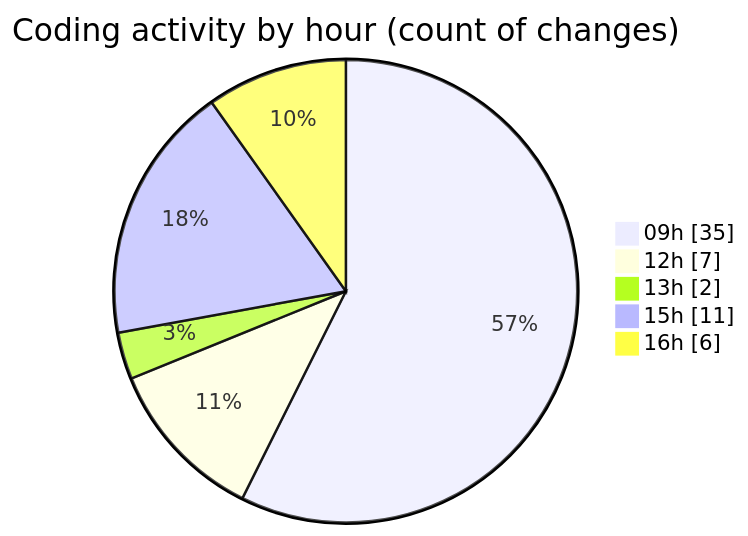
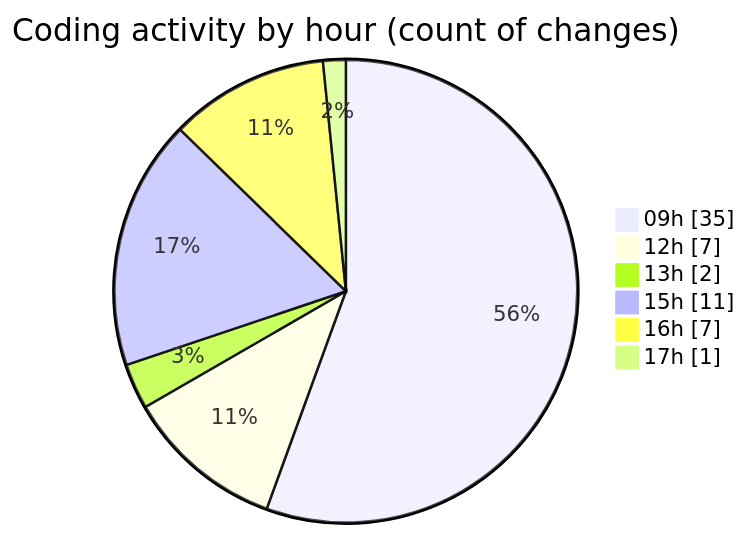
One commit to momahboobian/code-tracking changed the second of 2 diagrams in 2026-06-11/cda/README.md. Above: the diagram before and after it, drawn with Mermaid. The commit also changed other lines of this file and 1 other file, not shown here.

````diff
--- a/2026-06-11/cda/README.md
+++ b/2026-06-11/cda/README.md
@@ -66,9 +66,10 @@
 ```mermaid
 pie showData
 title Coding activity by hour (count of changes)
 "09h" : 35
 "12h" : 7
 "13h" : 2
 "15h" : 11
-"16h" : 6
+"16h" : 7
+"17h" : 1
 ```
````
